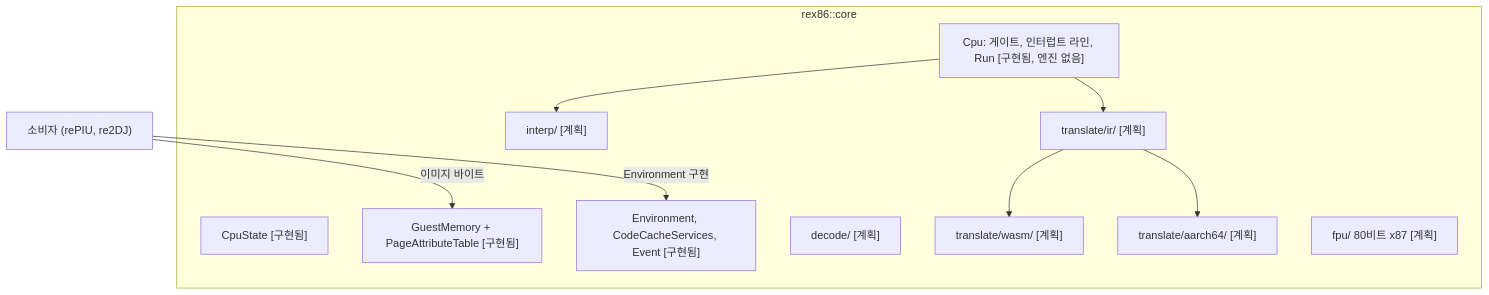
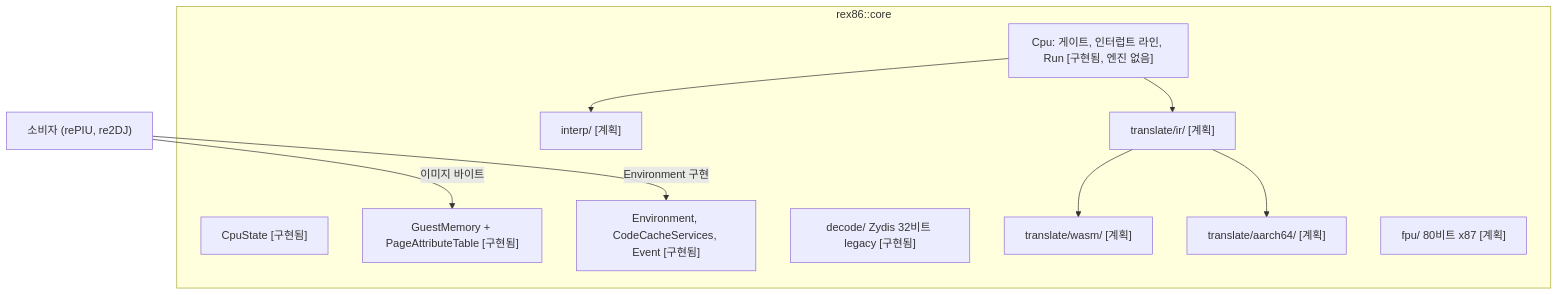
The diagram in ARCHITECTURE.md (reexec/rex86), drawn with Mermaid before and after one commit. The commit also changed other lines of this file and 22 other files, not shown here.

````diff
--- a/ARCHITECTURE.md
+++ b/ARCHITECTURE.md
@@ -9,21 +9,21 @@
 ```mermaid
 flowchart TB
     subgraph CORE["rex86::core"]
         STATE["CpuState [구현됨]"]
         MEM["GuestMemory + PageAttributeTable [구현됨]"]
         ENV["Environment, CodeCacheServices, Event [구현됨]"]
         CPU["Cpu: 게이트, 인터럽트 라인, Run [구현됨, 엔진 없음]"]
-        DEC["decode/ [계획]"]
+        DEC["decode/ Zydis 32비트 legacy [구현됨]"]
         INT["interp/ [계획]"]
         IR["translate/ir/ [계획]"]
         WASM["translate/wasm/ [계획]"]
         A64["translate/aarch64/ [계획]"]
         FPU["fpu/ 80비트 x87 [계획]"]
     end
     HOST["소비자 (rePIU, re2DJ)"] -- "Environment 구현" --> ENV
     HOST -- "이미지 바이트" --> MEM
     CPU --> INT
     CPU --> IR
     IR --> WASM
     IR --> A64
 ```
````
